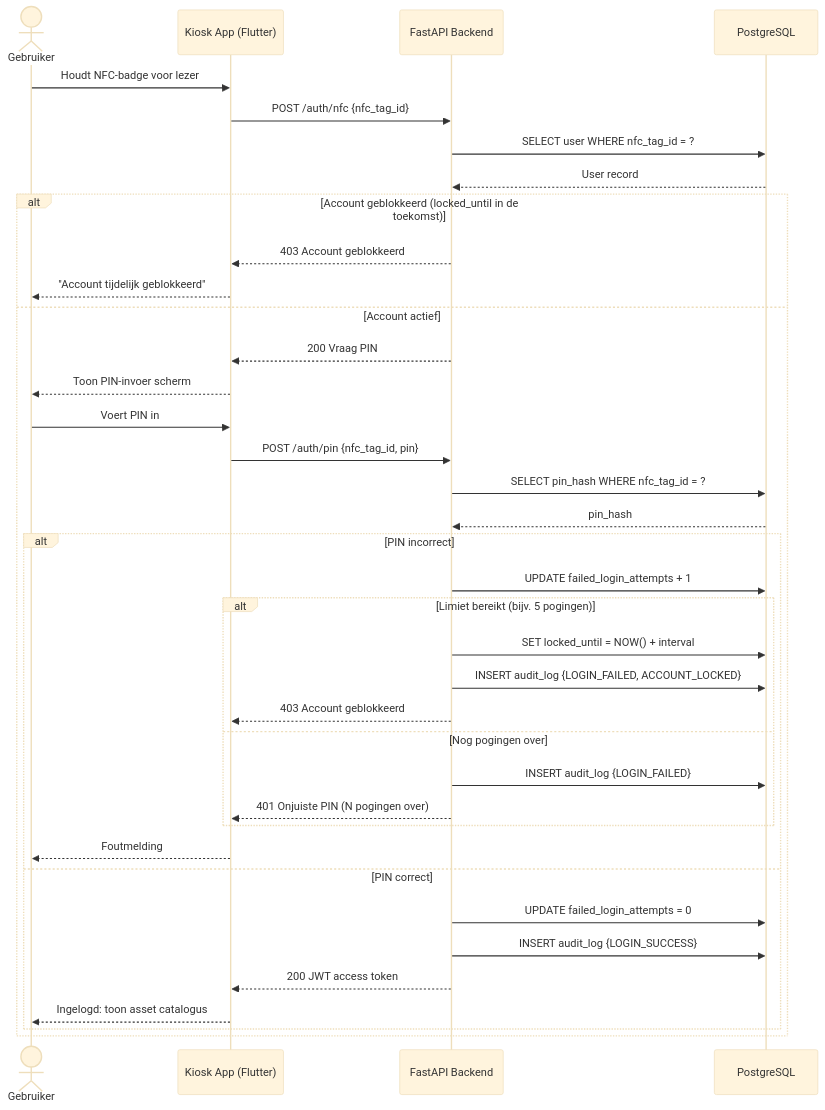
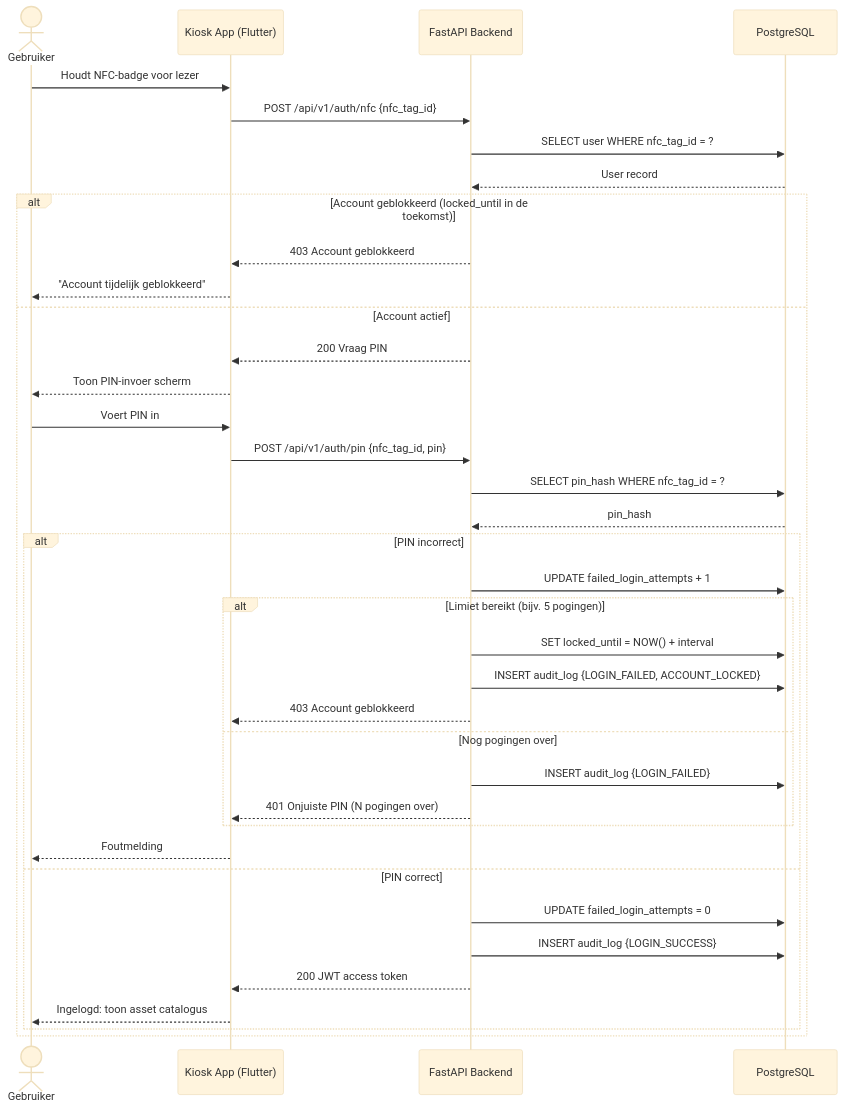
One commit to easylend-practice-enterprise/easylend changed the first of 4 diagrams in docs/workflows.md. Above: the diagram before and after it, drawn with Mermaid (base theme). The commit also changed other lines of this file and 6 other files, not shown here.

````diff
--- a/docs/workflows.md
+++ b/docs/workflows.md
@@ -19,42 +19,42 @@
 ```mermaid
 sequenceDiagram
     actor User as Gebruiker
     participant App as Kiosk App (Flutter)
     participant API as FastAPI Backend
     participant DB as PostgreSQL
 
     User->>App: Houdt NFC-badge voor lezer
-    App->>API: POST /auth/nfc {nfc_tag_id}
+    App->>API: POST /api/v1/auth/nfc {nfc_tag_id}
     API->>DB: SELECT user WHERE nfc_tag_id = ?
     DB-->>API: User record
 
     alt Account geblokkeerd (locked_until in de toekomst)
         API-->>App: 403 Account geblokkeerd
         App-->>User: "Account tijdelijk geblokkeerd"
     else Account actief
         API-->>App: 200 Vraag PIN
         App-->>User: Toon PIN-invoer scherm
         User->>App: Voert PIN in
-        App->>API: POST /auth/pin {nfc_tag_id, pin}
+        App->>API: POST /api/v1/auth/pin {nfc_tag_id, pin}
         API->>DB: SELECT pin_hash WHERE nfc_tag_id = ?
         DB-->>API: pin_hash
 
         alt PIN incorrect
             API->>DB: UPDATE failed_login_attempts + 1
             alt Limiet bereikt (bijv. 5 pogingen)
                 API->>DB: SET locked_until = NOW() + interval
                 API->>DB: INSERT audit_log {LOGIN_FAILED, ACCOUNT_LOCKED}
                 API-->>App: 403 Account geblokkeerd
             else Nog pogingen over
                 API->>DB: INSERT audit_log {LOGIN_FAILED}
                 API-->>App: 401 Onjuiste PIN (N pogingen over)
             end
             App-->>User: Foutmelding
         else PIN correct
             API->>DB: UPDATE failed_login_attempts = 0
             API->>DB: INSERT audit_log {LOGIN_SUCCESS}
             API-->>App: 200 JWT access token
             App-->>User: Ingelogd: toon asset catalogus
         end
     end
 ```
````
